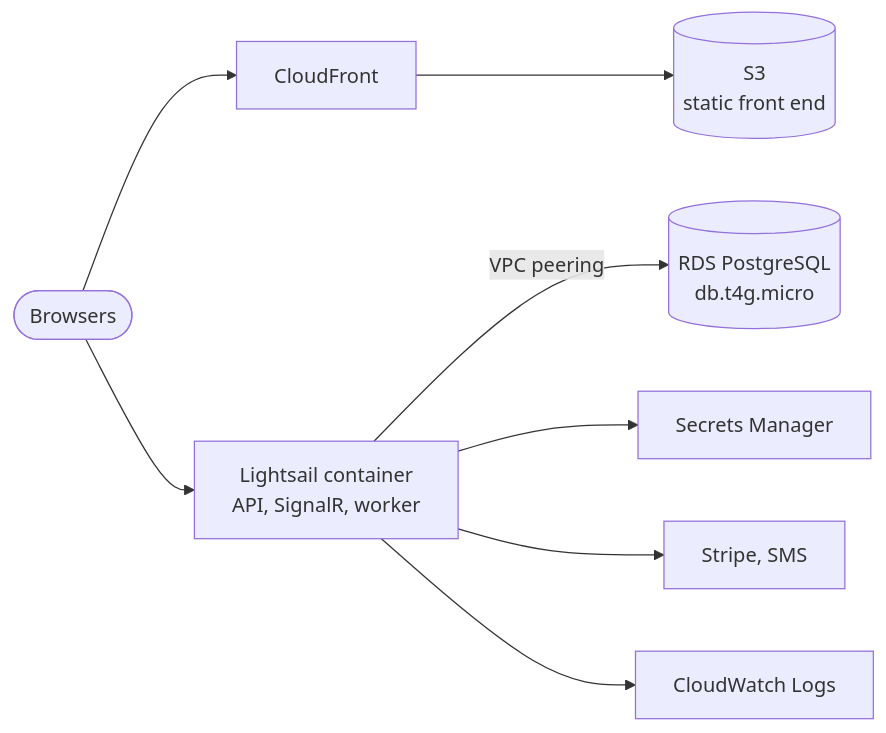
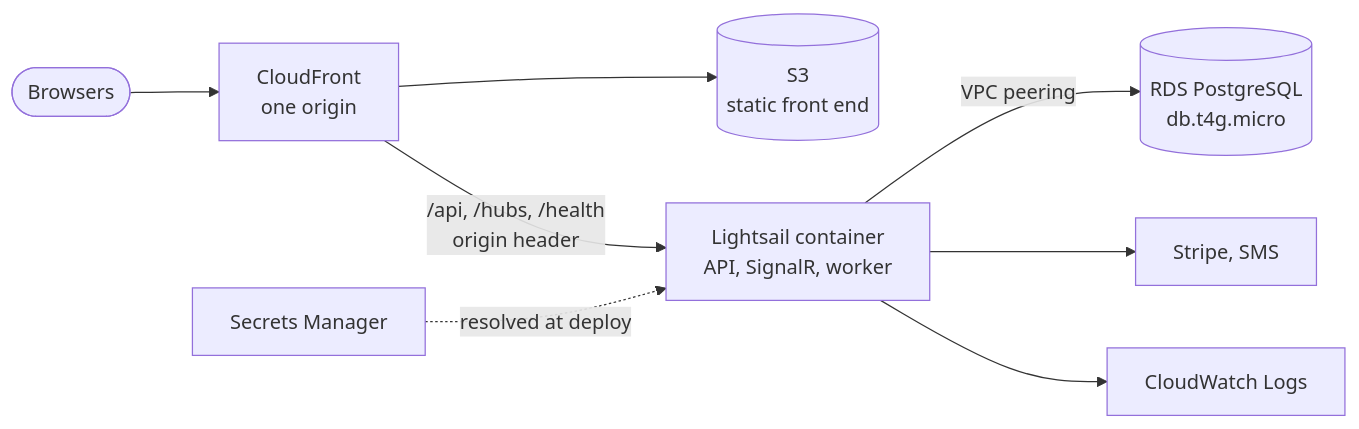
Before and after one commit to ring9834/TableReservation: the sixth of 6 diagrams in docs/Architecture.md, drawn with Mermaid. The commit also changed other lines of this file and 43 other files, not shown here.

First line of the commit message:
feat(infra): AWS demo infrastructure with CDK (one CloudFront origin, Lightsail, RDS) (#33)

````diff
--- a/docs/Architecture.md
+++ b/docs/Architecture.md
@@ -379,9 +382,9 @@
 ```mermaid
 flowchart LR
-    user([Browsers]) --> cf[CloudFront] --> s3[(S3<br/>static front end)]
-    user --> ls[Lightsail container<br/>API, SignalR, worker]
+    user([Browsers]) --> cf[CloudFront<br/>one origin] --> s3[(S3<br/>static front end)]
+    cf -->|/api, /hubs, /health<br/>origin header| ls[Lightsail container<br/>API, SignalR, worker]
     ls -->|VPC peering| rds[(RDS PostgreSQL<br/>db.t4g.micro)]
-    ls --> sm[Secrets Manager]
+    sm[Secrets Manager] -.->|resolved at deploy| ls
     ls --> ext[Stripe, SMS]
     ls --> cw[CloudWatch Logs]
 ```
````
